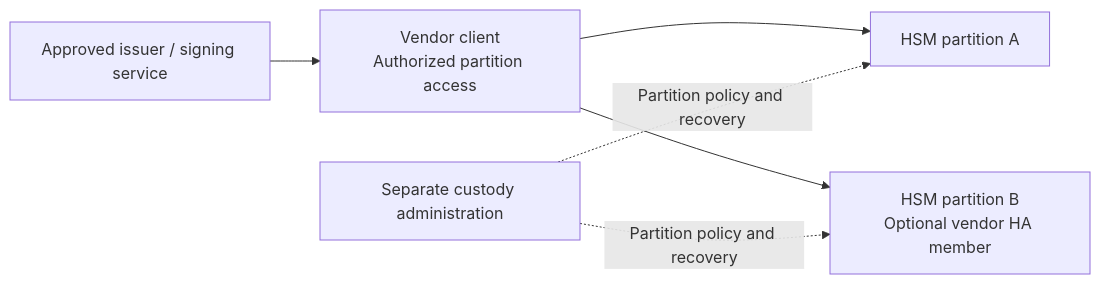
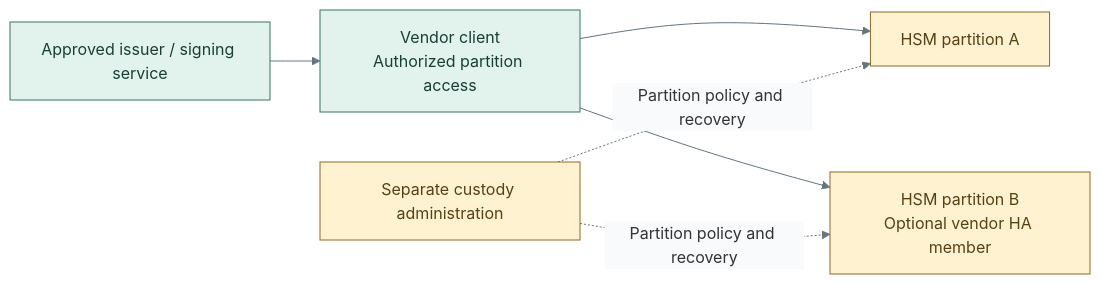
The diagram in docs/architecture/cryptography/network-hsm.md (Rexus/homelab), drawn with Mermaid before and after one commit. The commit also changed 49 other files, not shown here.

Commit message:
docs(diagrams): clarify tier layouts and visual styles

````diff
--- a/docs/architecture/cryptography/network-hsm.md
+++ b/docs/architecture/cryptography/network-hsm.md
@@ -9,8 +9,14 @@
 ```mermaid
+%%{init: {"theme":"base","themeVariables":{"lineColor":"#627581","edgeLabelBackground":"#f8fafc"}}}%%
 flowchart LR
   Consumers["Approved issuer / signing service"] --> Client["Vendor client<br/>Authorized partition access"]
   Client --> H1["HSM partition A"]
   Client --> H2["HSM partition B<br/>Optional vendor HA member"]
   Admin["Separate custody administration"] -. "Partition policy and recovery" .-> H1
   Admin -. "Partition policy and recovery" .-> H2
+  classDef default fill:#f8fafc,stroke:#64748b,color:#1f2937
+  classDef control fill:#e2f3ed,stroke:#397366,color:#173f36
+  classDef custody fill:#fff2d1,stroke:#926820,color:#584013
+  class Consumers,Client control
+  class H1,H2,Admin custody
 ```
````
